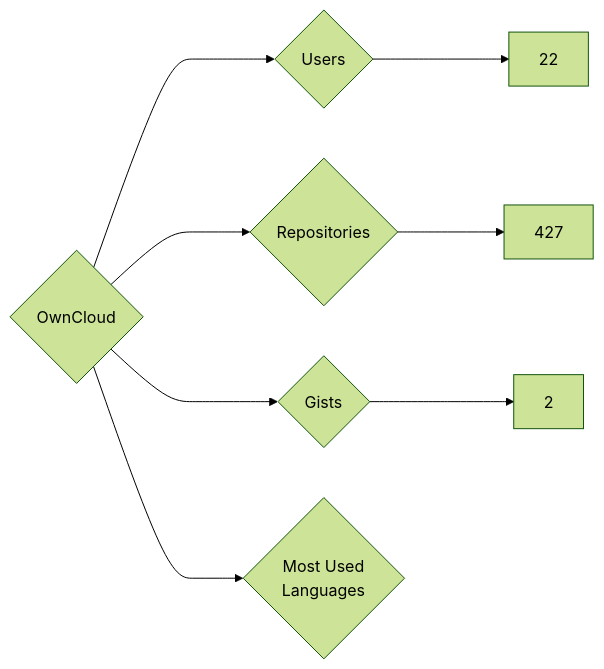
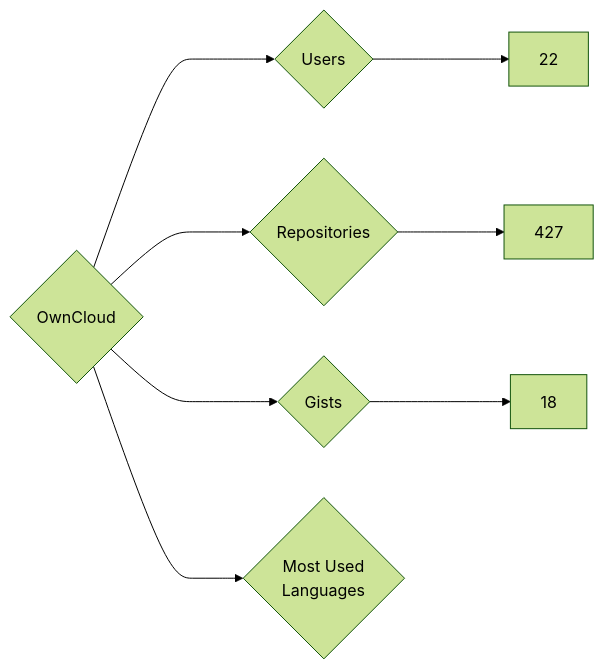
Before and after one commit to nenadzaric/insiders: the diagram in targets/OwnCloud/README.md, drawn with Mermaid (forest theme). The commit also changed 1342 other files, not shown here.

````diff
--- a/targets/OwnCloud/README.md
+++ b/targets/OwnCloud/README.md
@@ -3,8 +3,8 @@
 ```mermaid
 graph LR
 COMPANY_NAME{OwnCloud}
 COMPANY_NAME ---> U{Users} ---> UN[22]
 COMPANY_NAME ---> R{Repositories} ---> RN[427]
-COMPANY_NAME ---> G{Gists} ---> GN[2]
+COMPANY_NAME ---> G{Gists} ---> GN[18]
 COMPANY_NAME ---> ML{Most Used<br>Languages}
 ```
````
